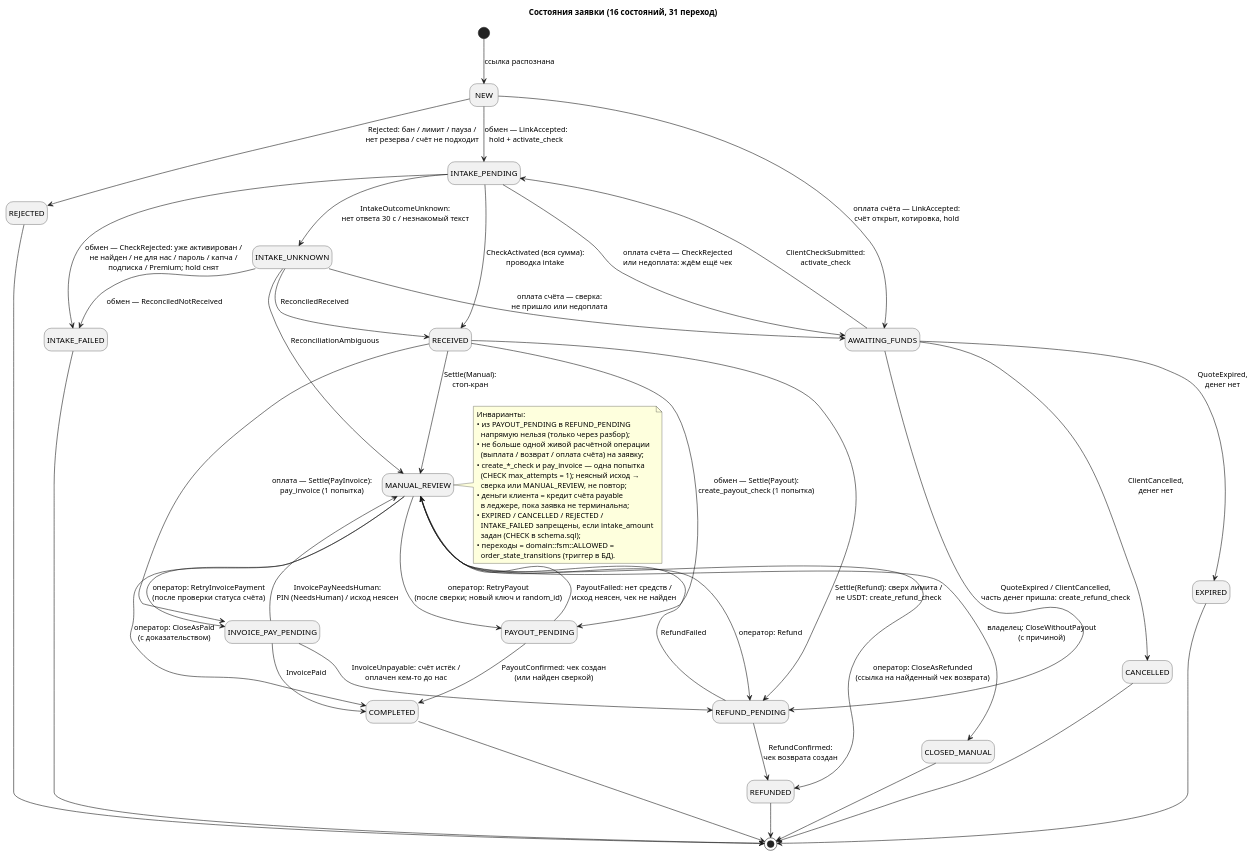
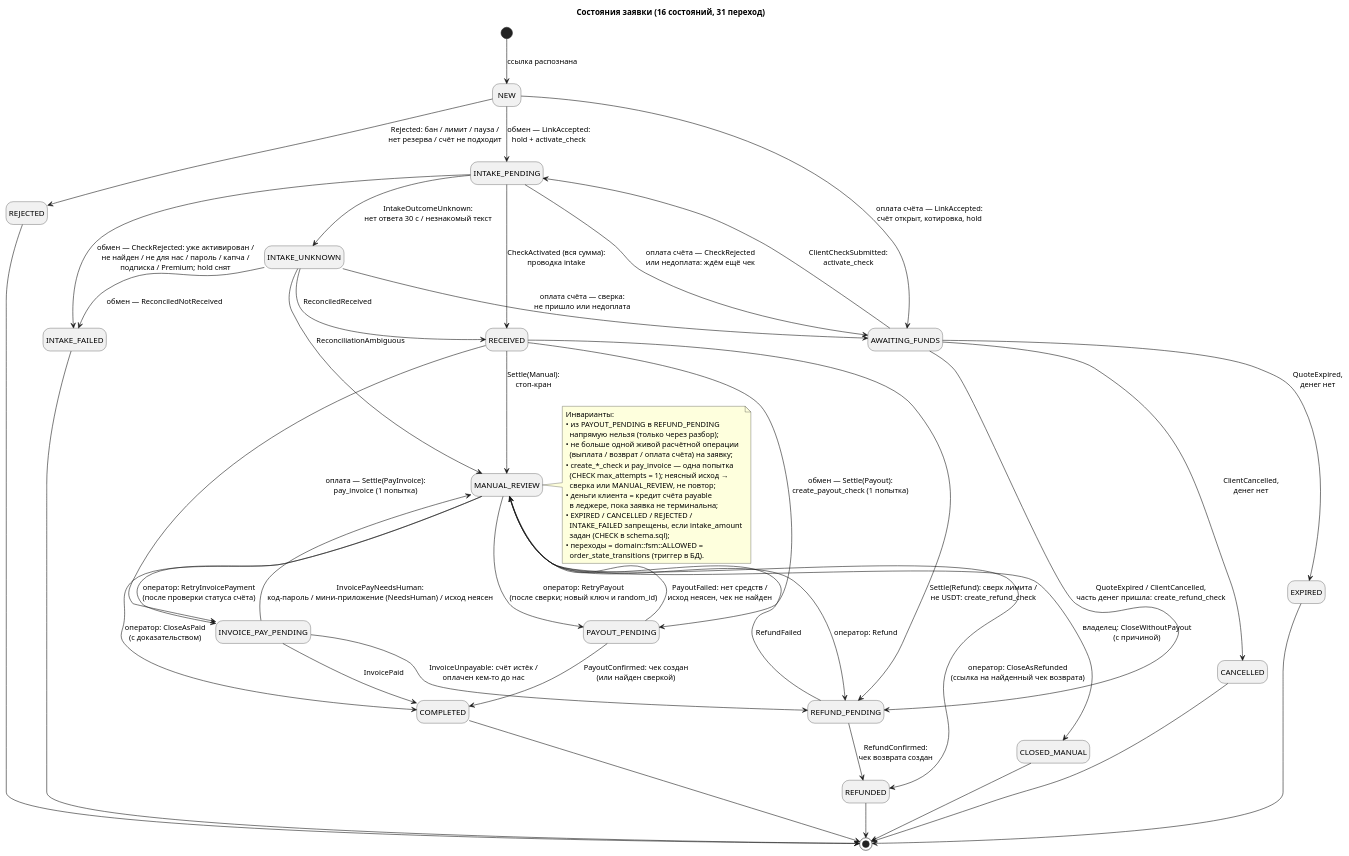
The diagram in exchanger/diagrams/08-state-order.puml (Nacebara/webquest), drawn with PlantUML before and after one commit. The commit also changed 12 other files, not shown here.

First line of the commit message:
diagrams: sources match the code again; pictures marked as outdated (Р-19.2)

```diff
--- a/exchanger/diagrams/08-state-order.puml
+++ b/exchanger/diagrams/08-state-order.puml
@@ -1,77 +1,77 @@
 @startuml state-order
 ' Машина состояний заявки (orders.state), v0.2.
 ' Переходы = domain::fsm::ALLOWED = order_state_transitions (31). Сверяется скриптом.
 ' Подписи: событие FSM и главный эффект. Терминальные состояния ничего не принимают.
 skinparam shadowing false
 hide empty description
 title Состояния заявки (16 состояний, 31 переход)
 
 [*] --> NEW : ссылка распознана
 
 NEW --> REJECTED : Rejected: бан / лимит / пауза /\nнет резерва / счёт не подходит
 NEW --> INTAKE_PENDING : обмен — LinkAccepted:\nhold + activate_check
 NEW --> AWAITING_FUNDS : оплата счёта — LinkAccepted:\nсчёт открыт, котировка, hold
 
 AWAITING_FUNDS --> INTAKE_PENDING : ClientCheckSubmitted:\nactivate_check
 AWAITING_FUNDS --> EXPIRED : QuoteExpired,\nденег нет
 AWAITING_FUNDS --> CANCELLED : ClientCancelled,\nденег нет
 AWAITING_FUNDS --> REFUND_PENDING : QuoteExpired / ClientCancelled,\nчасть денег пришла: create_refund_check
 
 INTAKE_PENDING --> RECEIVED : CheckActivated (вся сумма):\nпроводка intake
 INTAKE_PENDING --> INTAKE_FAILED : обмен — CheckRejected: уже активирован /\nне найден / не для нас / пароль / капча /\nподписка / Premium; hold снят
 INTAKE_PENDING --> INTAKE_UNKNOWN : IntakeOutcomeUnknown:\nнет ответа 30 с / незнакомый текст
 INTAKE_PENDING --> AWAITING_FUNDS : оплата счёта — CheckRejected\nили недоплата: ждём ещё чек
 
 INTAKE_UNKNOWN --> RECEIVED : ReconciledReceived
 INTAKE_UNKNOWN --> INTAKE_FAILED : обмен — ReconciledNotReceived
 INTAKE_UNKNOWN --> MANUAL_REVIEW : ReconciliationAmbiguous
 INTAKE_UNKNOWN --> AWAITING_FUNDS : оплата счёта — сверка:\nне пришло или недоплата
 
 RECEIVED --> PAYOUT_PENDING : обмен — Settle(Payout):\ncreate_payout_check (1 попытка)
 RECEIVED --> INVOICE_PAY_PENDING : оплата — Settle(PayInvoice):\npay_invoice (1 попытка)
 RECEIVED --> REFUND_PENDING : Settle(Refund): сверх лимита /\nне USDT: create_refund_check
 RECEIVED --> MANUAL_REVIEW : Settle(Manual):\nстоп-кран
 
 PAYOUT_PENDING --> COMPLETED : PayoutConfirmed: чек создан\n(или найден сверкой)
 PAYOUT_PENDING --> MANUAL_REVIEW : PayoutFailed: нет средств /\nисход неясен, чек не найден
 
 INVOICE_PAY_PENDING --> COMPLETED : InvoicePaid
 INVOICE_PAY_PENDING --> REFUND_PENDING : InvoiceUnpayable: счёт истёк /\nоплачен кем-то до нас
-INVOICE_PAY_PENDING --> MANUAL_REVIEW : InvoicePayNeedsHuman:\nPIN (NeedsHuman) / исход неясен
+INVOICE_PAY_PENDING --> MANUAL_REVIEW : InvoicePayNeedsHuman:\nкод-пароль / мини-приложение (NeedsHuman) / исход неясен
 
 REFUND_PENDING --> REFUNDED : RefundConfirmed:\nчек возврата создан
 REFUND_PENDING --> MANUAL_REVIEW : RefundFailed
 
 MANUAL_REVIEW --> PAYOUT_PENDING : оператор: RetryPayout\n(после сверки; новый ключ и random_id)
 MANUAL_REVIEW --> INVOICE_PAY_PENDING : оператор: RetryInvoicePayment\n(после проверки статуса счёта)
 MANUAL_REVIEW --> REFUND_PENDING : оператор: Refund
 MANUAL_REVIEW --> COMPLETED : оператор: CloseAsPaid\n(с доказательством)
 MANUAL_REVIEW --> REFUNDED : оператор: CloseAsRefunded\n(ссылка на найденный чек возврата)
 MANUAL_REVIEW --> CLOSED_MANUAL : владелец: CloseWithoutPayout\n(с причиной)
 
 REJECTED --> [*]
 INTAKE_FAILED --> [*]
 EXPIRED --> [*]
 CANCELLED --> [*]
 COMPLETED --> [*]
 REFUNDED --> [*]
 CLOSED_MANUAL --> [*]
 
 note right of MANUAL_REVIEW
   Инварианты:
   • из PAYOUT_PENDING в REFUND_PENDING
     напрямую нельзя (только через разбор);
   • не больше одной живой расчётной операции
     (выплата / возврат / оплата счёта) на заявку;
   • create_*_check и pay_invoice — одна попытка
     (CHECK max_attempts = 1); неясный исход →
     сверка или MANUAL_REVIEW, не повтор;
   • деньги клиента = кредит счёта payable
     в леджере, пока заявка не терминальна;
   • EXPIRED / CANCELLED / REJECTED /
     INTAKE_FAILED запрещены, если intake_amount
     задан (CHECK в schema.sql);
   • переходы = domain::fsm::ALLOWED =
     order_state_transitions (триггер в БД).
 end note
 @enduml
```
